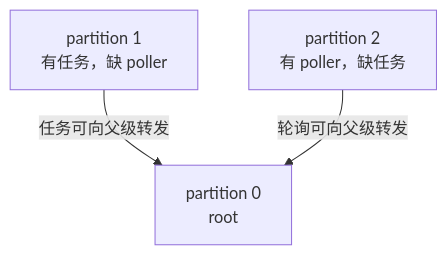
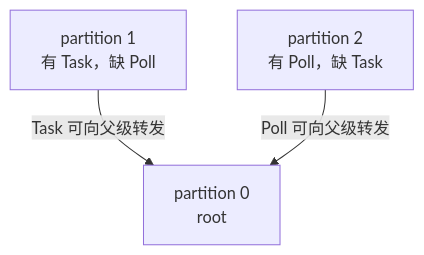
One commit to hotttao/backup changed the fifth of 7 diagrams in posts/microservices/workflow/022_temporal_membership_partition.md. Above: the diagram before and after it, drawn with Mermaid. The commit also changed other lines of this file and 6 other files, not shown here.

````diff
--- a/posts/microservices/workflow/022_temporal_membership_partition.md
+++ b/posts/microservices/workflow/022_temporal_membership_partition.md
@@ -591,5 +491,5 @@
 ```mermaid
 flowchart TB
-    P1[partition 1<br/>有任务，缺 poller] -->|任务可向父级转发| P0[partition 0<br/>root]
-    P2[partition 2<br/>有 poller，缺任务] -->|轮询可向父级转发| P0
+    P1[partition 1<br/>有 Task，缺 Poll] -->|Task 可向父级转发| P0[partition 0<br/>root]
+    P2[partition 2<br/>有 Poll，缺 Task] -->|Poll 可向父级转发| P0
 ```
````
